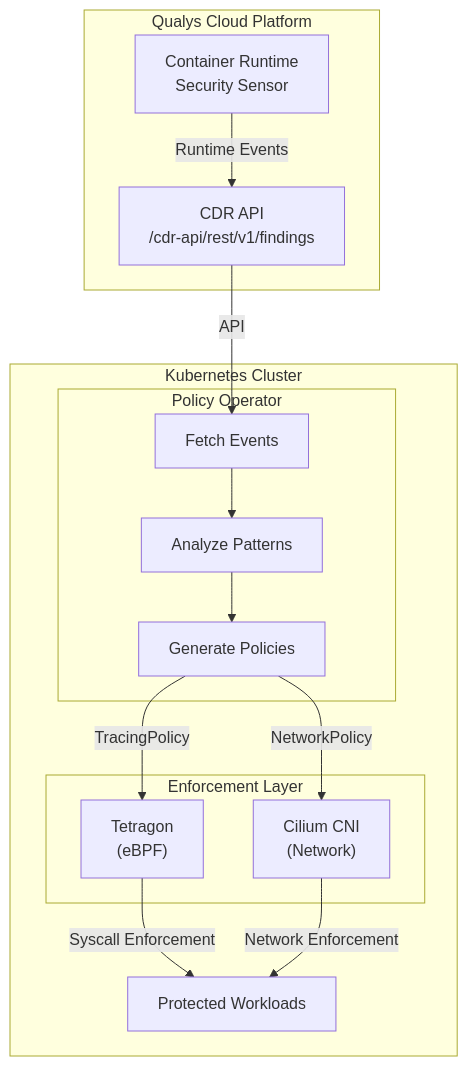
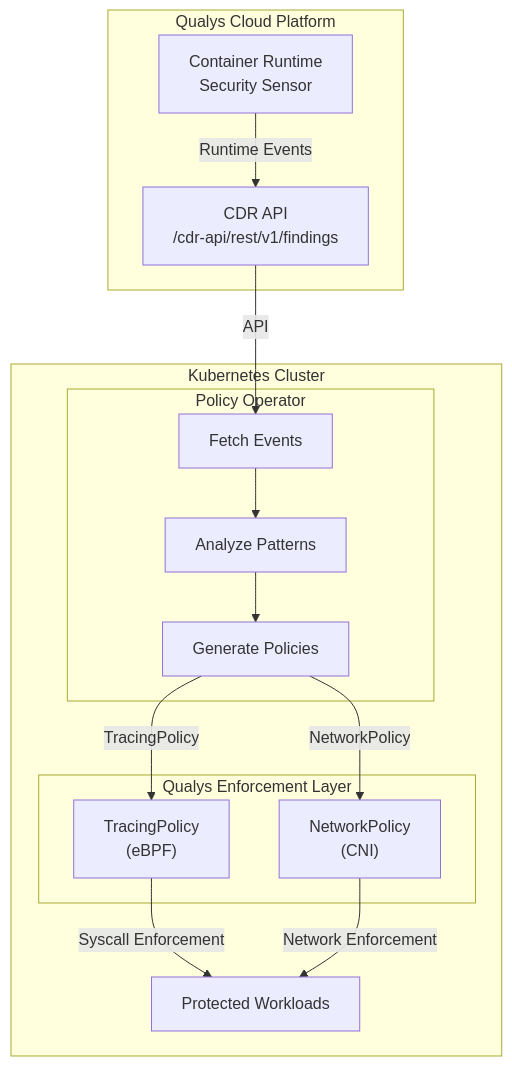
Before and after one commit to nelssec/qualys-ebpf: the third of 13 diagrams in docs/automated-threat-response.md, drawn with Mermaid. The commit also changed other lines of this file and 12 other files, not shown here.

Commit message:
Rebrand to Qualys CRS, expand policy generation (15 use cases), add validation tests

````diff
--- a/docs/automated-threat-response.md
+++ b/docs/automated-threat-response.md
@@ -53,31 +53,31 @@
 ```mermaid
 flowchart TB
     subgraph Qualys["Qualys Cloud Platform"]
         CDR["CDR API<br/>/cdr-api/rest/v1/findings"]
         CRS["Container Runtime<br/>Security Sensor"]
     end
 
     subgraph K8s["Kubernetes Cluster"]
         subgraph Operator["Policy Operator"]
             Fetch["Fetch Events"]
             Analyze["Analyze Patterns"]
             Generate["Generate Policies"]
         end
 
-        subgraph Enforcement["Enforcement Layer"]
-            Tetragon["Tetragon<br/>(eBPF)"]
-            Cilium["Cilium CNI<br/>(Network)"]
+        subgraph Enforcement["Qualys Enforcement Layer"]
+            TracingPolicy["TracingPolicy<br/>(eBPF)"]
+            NetworkPolicy["NetworkPolicy<br/>(CNI)"]
         end
 
         Workloads["Protected Workloads"]
     end
 
     CRS -->|Runtime Events| CDR
     CDR -->|API| Fetch
     Fetch --> Analyze
     Analyze --> Generate
-    Generate -->|TracingPolicy| Tetragon
-    Generate -->|NetworkPolicy| Cilium
-    Tetragon -->|Syscall Enforcement| Workloads
-    Cilium -->|Network Enforcement| Workloads
+    Generate -->|TracingPolicy| TracingPolicy
+    Generate -->|NetworkPolicy| NetworkPolicy
+    TracingPolicy -->|Syscall Enforcement| Workloads
+    NetworkPolicy -->|Network Enforcement| Workloads
 ```
````
